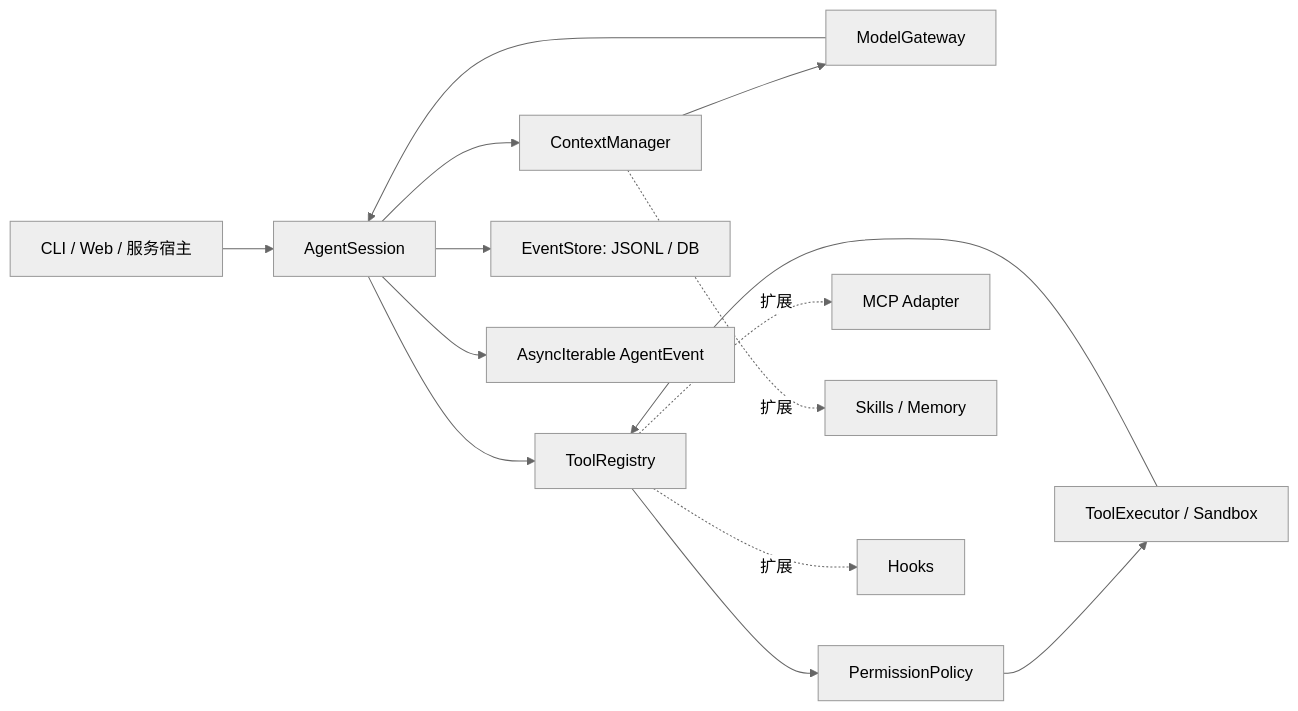
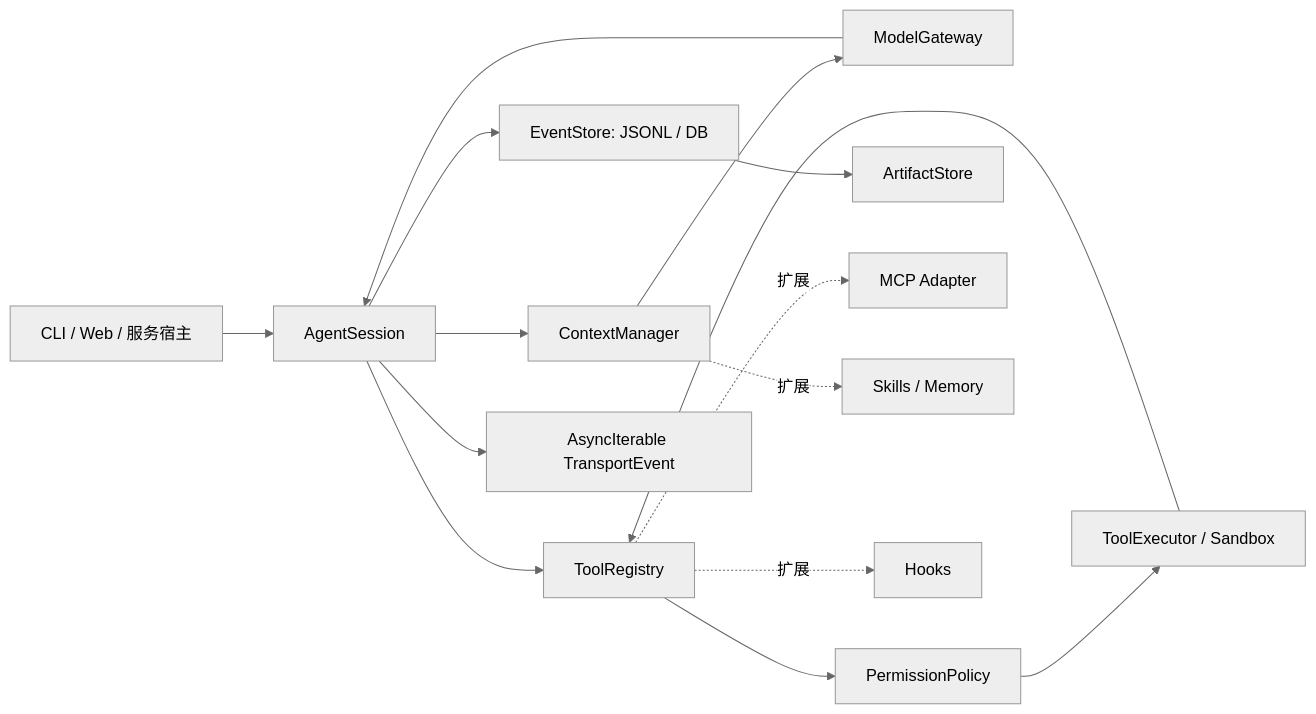
Before and after one commit to junqing258/agent-analysiz: the diagram in docs/agent-sdk-js-architecture.mmd, drawn with Mermaid (neutral theme). The commit also changed 57 other files, not shown here.

```diff
--- a/docs/agent-sdk-js-architecture.mmd
+++ b/docs/agent-sdk-js-architecture.mmd
@@ -1,14 +1,15 @@
 flowchart LR
   App["CLI / Web / 服务宿主"] --> Agent["AgentSession"]
   Agent --> Context["ContextManager"]
   Context --> Gateway["ModelGateway"]
   Gateway --> Agent
   Agent --> Registry["ToolRegistry"]
   Registry --> Policy["PermissionPolicy"]
   Policy --> Executor["ToolExecutor / Sandbox"]
   Executor --> Registry
   Agent --> Store["EventStore: JSONL / DB"]
-  Agent --> Events["AsyncIterable AgentEvent"]
+  Store --> Artifacts["ArtifactStore"]
+  Agent --> Events["AsyncIterable TransportEvent"]
   Registry -. "扩展" .-> MCP["MCP Adapter"]
   Context -. "扩展" .-> Skills["Skills / Memory"]
   Registry -. "扩展" .-> Hooks["Hooks"]
```
